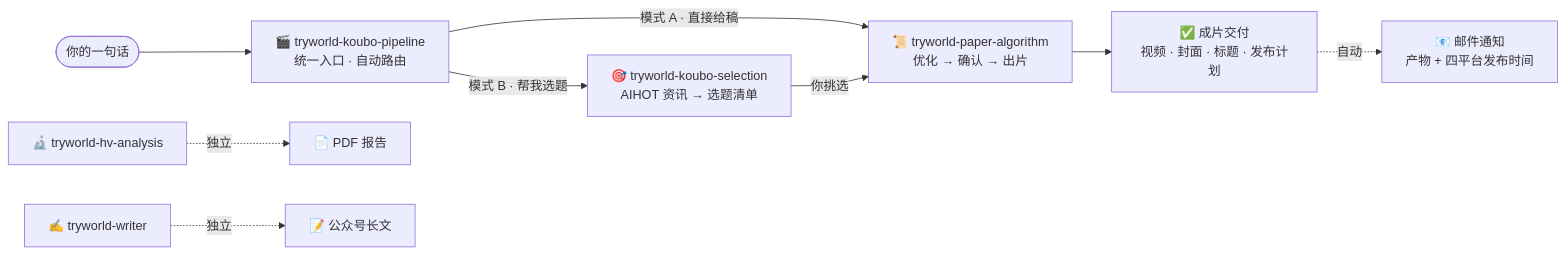
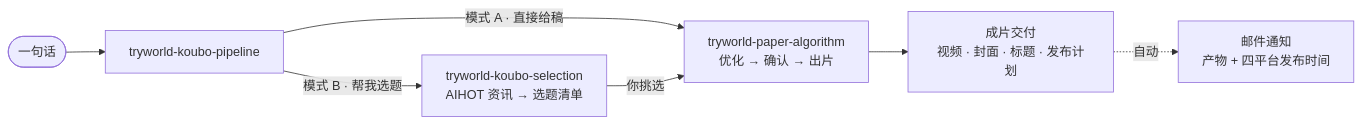
Before and after one commit to TryWorld2026/paper-algorithm: the diagram in README.zh-CN.md, drawn with Mermaid. The commit also changed other lines of this file and 3 other files, not shown here.

````diff
--- a/README.zh-CN.md
+++ b/README.zh-CN.md
@@ -37,11 +25,9 @@
 ```mermaid
 flowchart LR
-    U(["你的一句话"]) --> P["🎬 tryworld-koubo-pipeline<br/>统一入口 · 自动路由"]
-    P -- "模式 A · 直接给稿" --> A["📜 tryworld-paper-algorithm<br/>优化 → 确认 → 出片"]
-    P -- "模式 B · 帮我选题" --> S["🎯 tryworld-koubo-selection<br/>AIHOT 资讯 → 选题清单"]
+    U(["一句话"]) --> P["tryworld-koubo-pipeline"]
+    P -- "模式 A · 直接给稿" --> A["tryworld-paper-algorithm<br/>优化 → 确认 → 出片"]
+    P -- "模式 B · 帮我选题" --> S["tryworld-koubo-selection<br/>AIHOT 资讯 → 选题清单"]
     S -- "你挑选" --> A
-    A --> O["✅ 成片交付<br/>视频 · 封面 · 标题 · 发布计划"]
-    O -. "自动" .-> M["📧 邮件通知<br/>产物 + 四平台发布时间"]
-    H["🔬 tryworld-hv-analysis"] -. "独立" .-> R["📄 PDF 报告"]
-    W["✍️ tryworld-writer"] -. "独立" .-> C["📝 公众号长文"]
+    A --> O["成片交付<br/>视频 · 封面 · 标题 · 发布计划"]
+    O -. "自动" .-> M["邮件通知<br/>产物 + 四平台发布时间"]
 ```
````
